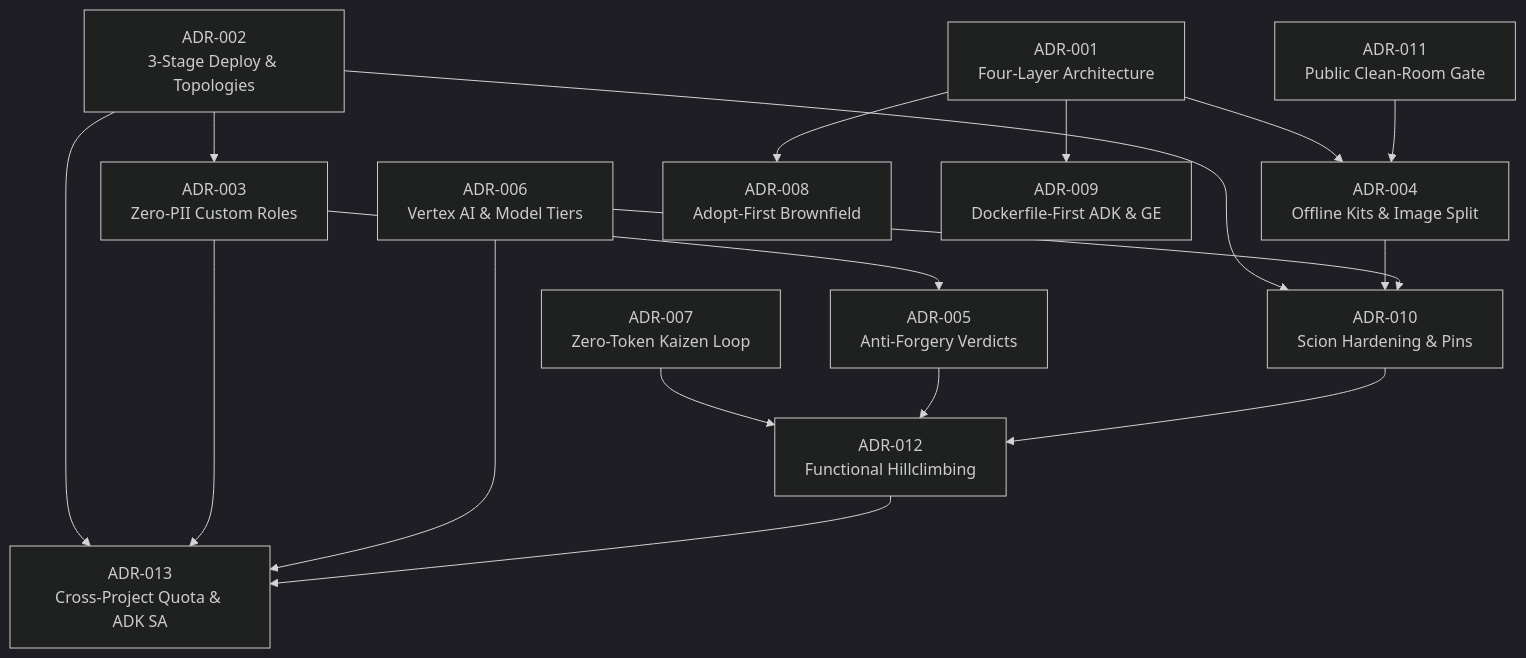
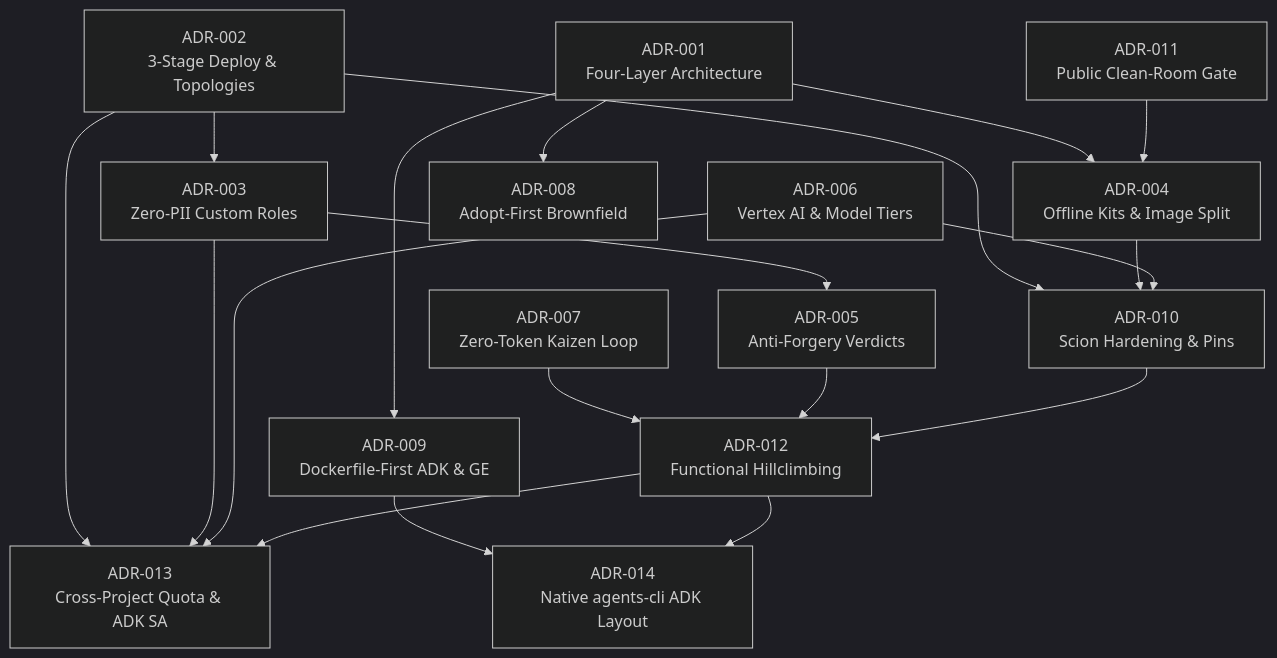
One commit to carlosmscabral/gcp-fde-factories changed the diagram in docs/adr/README.md. Above: the diagram before and after it, drawn with Mermaid (dark theme). The commit also changed other lines of this file and 48 other files, not shown here.

Commit message:
feat(adk): adopt ADR-014 native google-agents-cli (adk_python) layout in packs/adk

````diff
--- a/docs/adr/README.md
+++ b/docs/adr/README.md
@@ -9,33 +9,36 @@
 ```mermaid
 flowchart TB
   ADR001["ADR-001<br/>Four-Layer Architecture"]
   ADR002["ADR-002<br/>3-Stage Deploy & Topologies"]
   ADR003["ADR-003<br/>Zero-PII Custom Roles"]
   ADR004["ADR-004<br/>Offline Kits & Image Split"]
   ADR005["ADR-005<br/>Anti-Forgery Verdicts"]
   ADR006["ADR-006<br/>Vertex AI & Model Tiers"]
   ADR007["ADR-007<br/>Zero-Token Kaizen Loop"]
   ADR008["ADR-008<br/>Adopt-First Brownfield"]
   ADR009["ADR-009<br/>Dockerfile-First ADK & GE"]
   ADR010["ADR-010<br/>Scion Hardening & Pins"]
   ADR011["ADR-011<br/>Public Clean-Room Gate"]
   ADR012["ADR-012<br/>Functional Hillclimbing"]
   ADR013["ADR-013<br/>Cross-Project Quota & ADK SA"]
+  ADR014["ADR-014<br/>Native agents-cli ADK Layout"]
 
   ADR001 --> ADR004
   ADR001 --> ADR008
   ADR001 --> ADR009
   ADR002 --> ADR003
   ADR002 --> ADR010
   ADR002 --> ADR013
   ADR003 --> ADR005
   ADR003 --> ADR013
   ADR004 --> ADR010
   ADR006 --> ADR010
   ADR006 --> ADR013
   ADR007 --> ADR012
   ADR005 --> ADR012
   ADR010 --> ADR012
   ADR011 --> ADR004
   ADR012 --> ADR013
+  ADR009 --> ADR014
+  ADR012 --> ADR014
 ```
````
